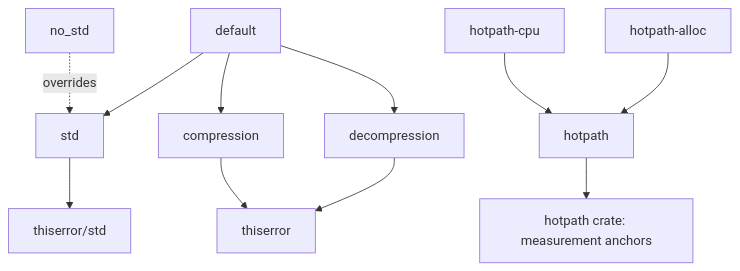
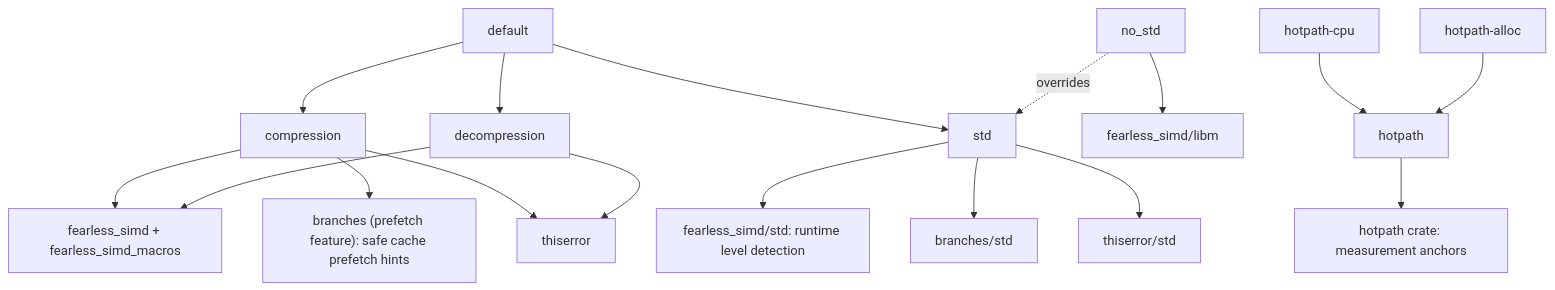
The first of 2 diagrams in architecture/codec-features.md (M-Compressors/mzstd), drawn with Mermaid before and after one commit. The commit also changed other lines of this file and 52 other files, not shown here.

````diff
--- a/architecture/codec-features.md
+++ b/architecture/codec-features.md
@@ -5,13 +5,19 @@
 ```mermaid
 flowchart TD
     D[default] --> Std[std]
     D --> C[compression]
     D --> Dc[decompression]
     C --> T[thiserror]
     Dc --> T
+    C --> FS[fearless_simd + fearless_simd_macros]
+    Dc --> FS
+    C --> BR["branches (prefetch feature): safe cache prefetch hints"]
     Std --> TS[thiserror/std]
+    Std --> BRS[branches/std]
+    Std --> FSS[fearless_simd/std: runtime level detection]
     N[no_std] -.overrides.-> Std
+    N --> FSL[fearless_simd/libm]
     H[hotpath] --> HP[hotpath crate: measurement anchors]
     HC[hotpath-cpu] --> H
     HA[hotpath-alloc] --> H
 ```
````
